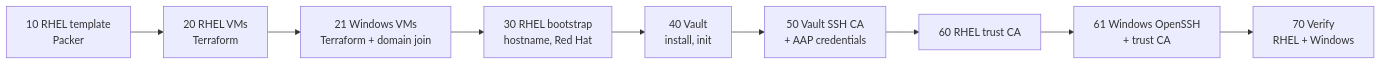
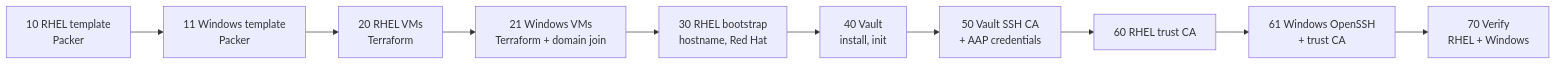
Before and after one commit to RamAdhikari/ra-homelab: the fifth of 5 diagrams in docs/DESIGN.md, drawn with Mermaid. The commit also changed other lines of this file and 16 other files, not shown here.

First line of the commit message:
Windows template built by Packer in AAP (job 11)

````diff
--- a/docs/DESIGN.md
+++ b/docs/DESIGN.md
@@ -186,5 +186,5 @@
 ```mermaid
 flowchart LR
-  T10["10 RHEL template<br/>Packer"] --> T20["20 RHEL VMs<br/>Terraform"] --> T21["21 Windows VMs<br/>Terraform + domain join"] --> T30["30 RHEL bootstrap<br/>hostname, Red Hat"]
+  T10["10 RHEL template<br/>Packer"] --> T11["11 Windows template<br/>Packer"] --> T20["20 RHEL VMs<br/>Terraform"] --> T21["21 Windows VMs<br/>Terraform + domain join"] --> T30["30 RHEL bootstrap<br/>hostname, Red Hat"]
   T30 --> T40["40 Vault<br/>install, init"] --> T50["50 Vault SSH CA<br/>+ AAP credentials"] --> T60["60 RHEL trust CA"] --> T61["61 Windows OpenSSH<br/>+ trust CA"] --> T70["70 Verify<br/>RHEL + Windows"]
 ```
````
